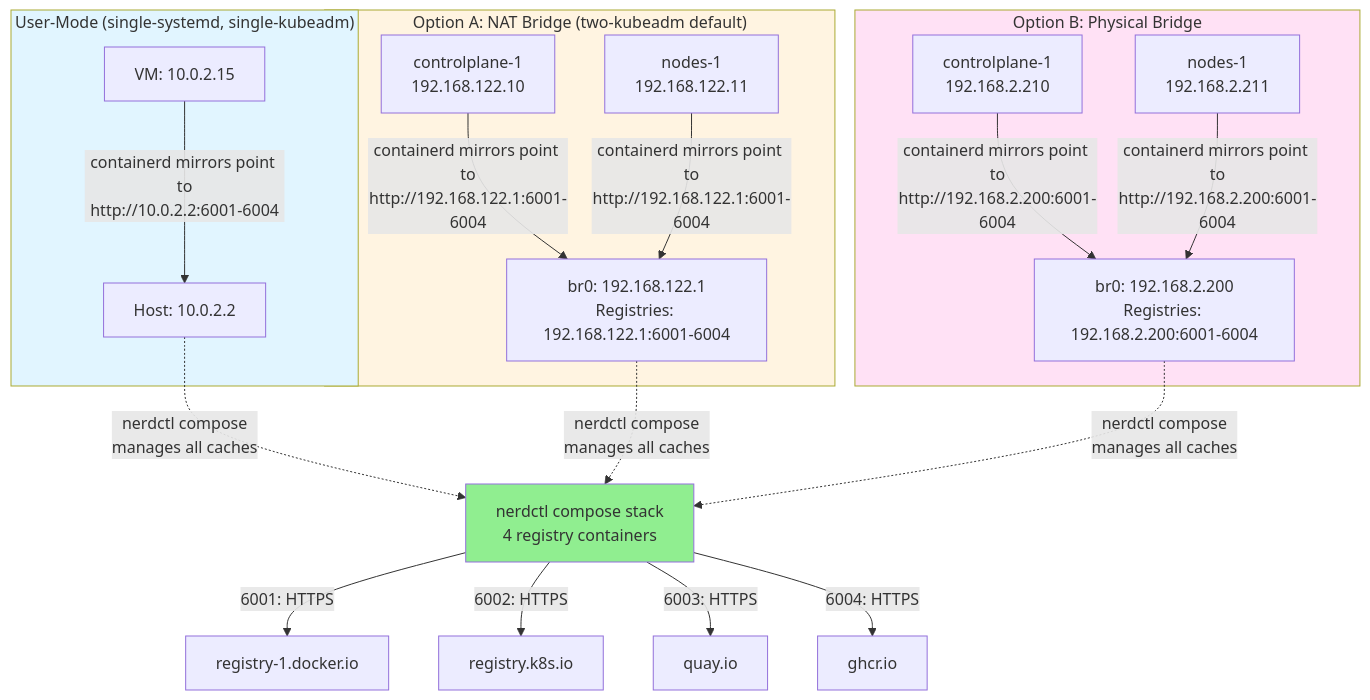
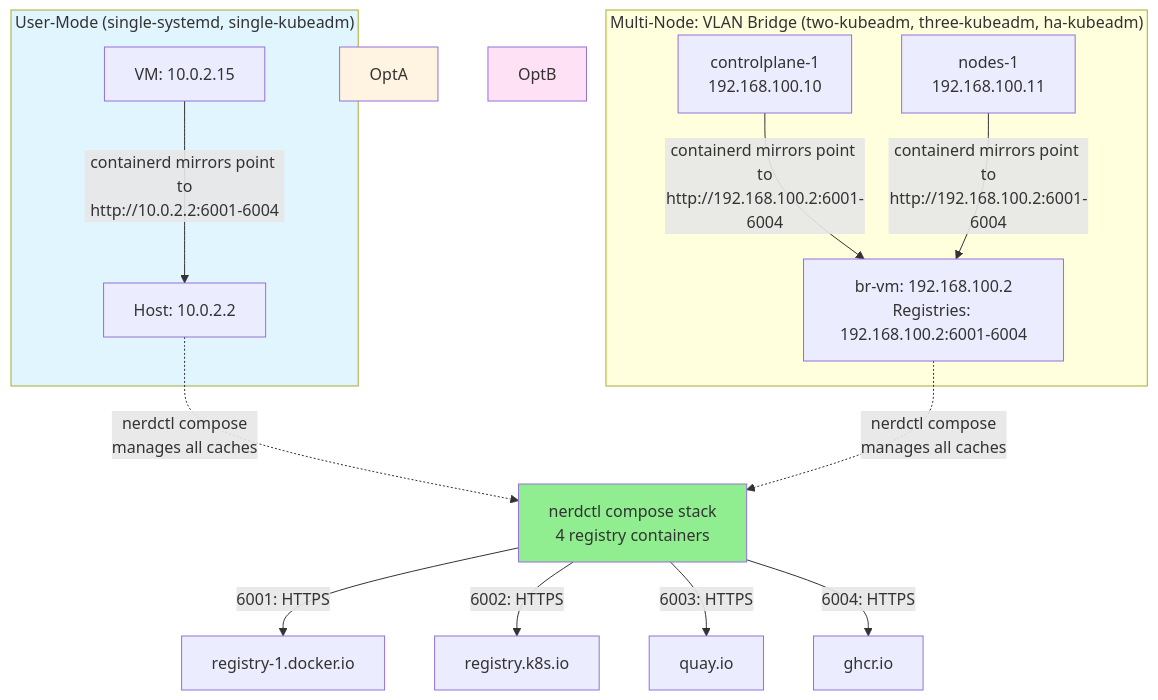
The second of 2 diagrams in cluster-setup/vm/registry-cache.md (mrmcmuffinz/kubernetes-to-the-moon), drawn with Mermaid before and after one commit. The commit also changed other lines of this file and 40 other files, not shown here.

````diff
--- a/cluster-setup/vm/registry-cache.md
+++ b/cluster-setup/vm/registry-cache.md
@@ -64,38 +63,29 @@
 ```mermaid
 flowchart TB
     subgraph User["User-Mode (single-systemd, single-kubeadm)"]
         VM1[VM: 10.0.2.15]
         Host1[Host: 10.0.2.2]
         VM1 -->|"containerd mirrors point to<br/>http://10.0.2.2:6001-6004"| Host1
     end
 
-    subgraph OptA["Option A: NAT Bridge (two-kubeadm default)"]
-        VMa1[controlplane-1<br/>192.168.122.10]
-        VMa2[nodes-1<br/>192.168.122.11]
-        Br0a[br0: 192.168.122.1<br/>Registries: 192.168.122.1:6001-6004]
-        VMa1 -->|"containerd mirrors point to<br/>http://192.168.122.1:6001-6004"| Br0a
-        VMa2 -->|"containerd mirrors point to<br/>http://192.168.122.1:6001-6004"| Br0a
-    end
-
-    subgraph OptB["Option B: Physical Bridge"]
-        VMb1[controlplane-1<br/>192.168.2.210]
-        VMb2[nodes-1<br/>192.168.2.211]
-        Br0b[br0: 192.168.2.200<br/>Registries: 192.168.2.200:6001-6004]
-        VMb1 -->|"containerd mirrors point to<br/>http://192.168.2.200:6001-6004"| Br0b
-        VMb2 -->|"containerd mirrors point to<br/>http://192.168.2.200:6001-6004"| Br0b
+    subgraph VLAN["Multi-Node: VLAN Bridge (two-kubeadm, three-kubeadm, ha-kubeadm)"]
+        VMa1[controlplane-1<br/>192.168.100.10]
+        VMa2[nodes-1<br/>192.168.100.11]
+        BrVM[br-vm: 192.168.100.2<br/>Registries: 192.168.100.2:6001-6004]
+        VMa1 -->|"containerd mirrors point to<br/>http://192.168.100.2:6001-6004"| BrVM
+        VMa2 -->|"containerd mirrors point to<br/>http://192.168.100.2:6001-6004"| BrVM
     end
 
     Host1 -.->|nerdctl compose<br/>manages all caches| compose_stack
-    Br0a -.->|nerdctl compose<br/>manages all caches| compose_stack
-    Br0b -.->|nerdctl compose<br/>manages all caches| compose_stack
+    BrVM -.->|nerdctl compose<br/>manages all caches| compose_stack
 
     compose_stack[nerdctl compose stack<br/>4 registry containers] -->|6001: HTTPS| docker[registry-1.docker.io]
     compose_stack -->|6002: HTTPS| k8s[registry.k8s.io]
     compose_stack -->|6003: HTTPS| quay[quay.io]
     compose_stack -->|6004: HTTPS| ghcr[ghcr.io]
 
     style User fill:#e1f5ff
     style OptA fill:#fff4e1
     style OptB fill:#ffe1f5
     style compose_stack fill:#90EE90
 ```
````
